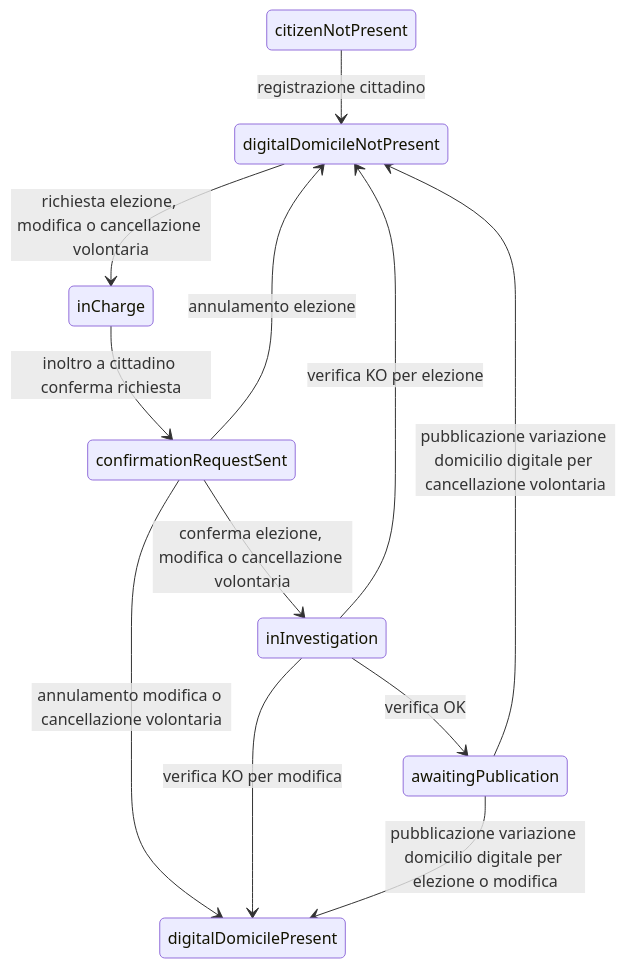
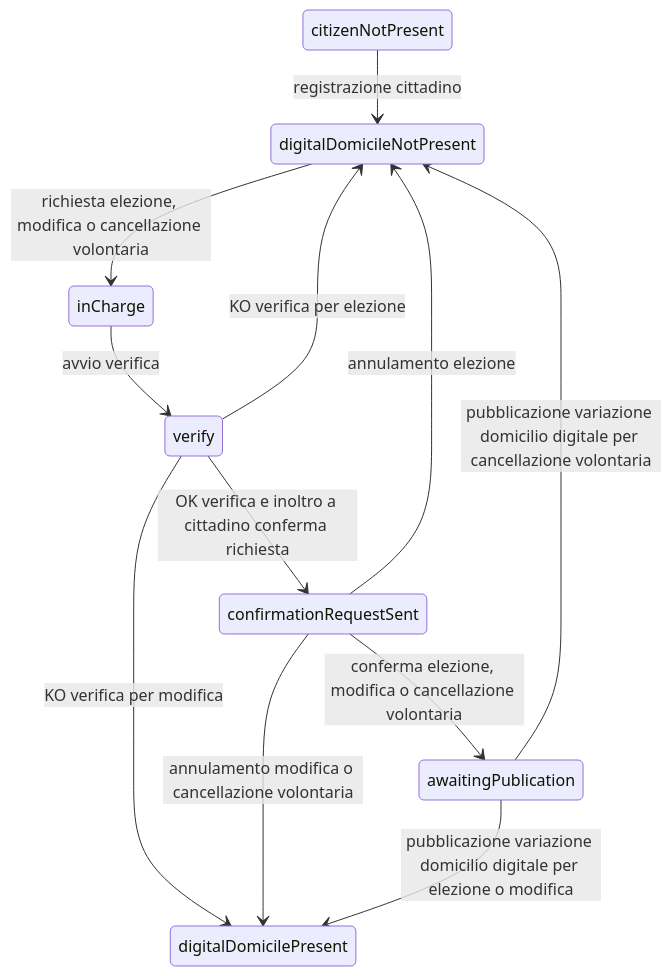
Before and after one commit to ioggstream/verify_integration_INAD_with_ANPR-IO: the diagram in readme.md, drawn with Mermaid. The commit also changed other lines of this file, not shown here.

````diff
--- a/readme.md
+++ b/readme.md
@@ -478,24 +478,24 @@
 ```mermaid
   stateDiagram-v2
     citizenNotPresent --> digitalDomicileNotPresent: registrazione cittadino  
 
     digitalDomicileNotPresent --> inCharge: richiesta elezione, modifica o cancellazione volontaria
 
-    inCharge --> confirmationRequestSent: inoltro a cittadino conferma richiesta
+    inCharge --> verify: avvio verifica
 
-    confirmationRequestSent --> inInvestigation: conferma elezione, modifica o cancellazione volontaria 
+    verify --> confirmationRequestSent: OK verifica e inoltro a cittadino conferma richiesta
+
+    verify --> digitalDomicilePresent: KO verifica per modifica
+
+    verify --> digitalDomicileNotPresent: KO verifica per elezione   
+
+    confirmationRequestSent --> awaitingPublication: conferma elezione, modifica o cancellazione volontaria 
 
     confirmationRequestSent --> digitalDomicileNotPresent: annulamento elezione
 
     confirmationRequestSent --> digitalDomicilePresent: annulamento modifica o cancellazione volontaria
-    
-    inInvestigation --> awaitingPublication: verifica OK
-
-    inInvestigation --> digitalDomicileNotPresent: verifica KO per elezione
-
-    inInvestigation --> digitalDomicilePresent: verifica KO per modifica
 
     awaitingPublication --> digitalDomicilePresent: pubblicazione variazione domicilio digitale per elezione o modifica
     
     awaitingPublication --> digitalDomicileNotPresent: pubblicazione variazione domicilio digitale per cancellazione volontaria
 ```
````
